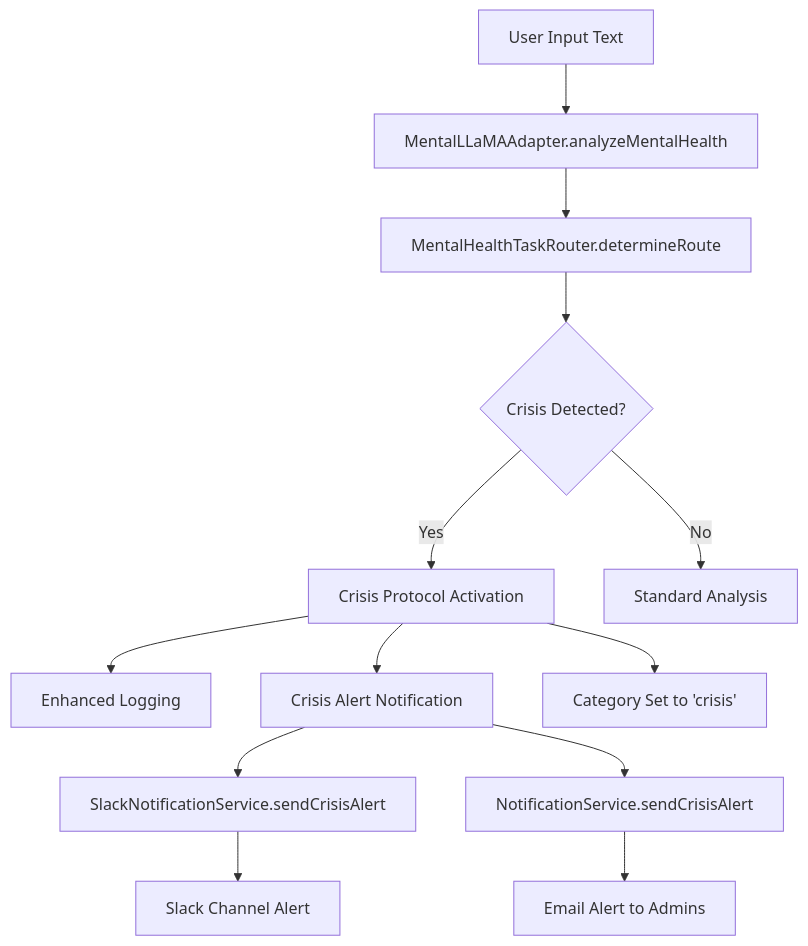
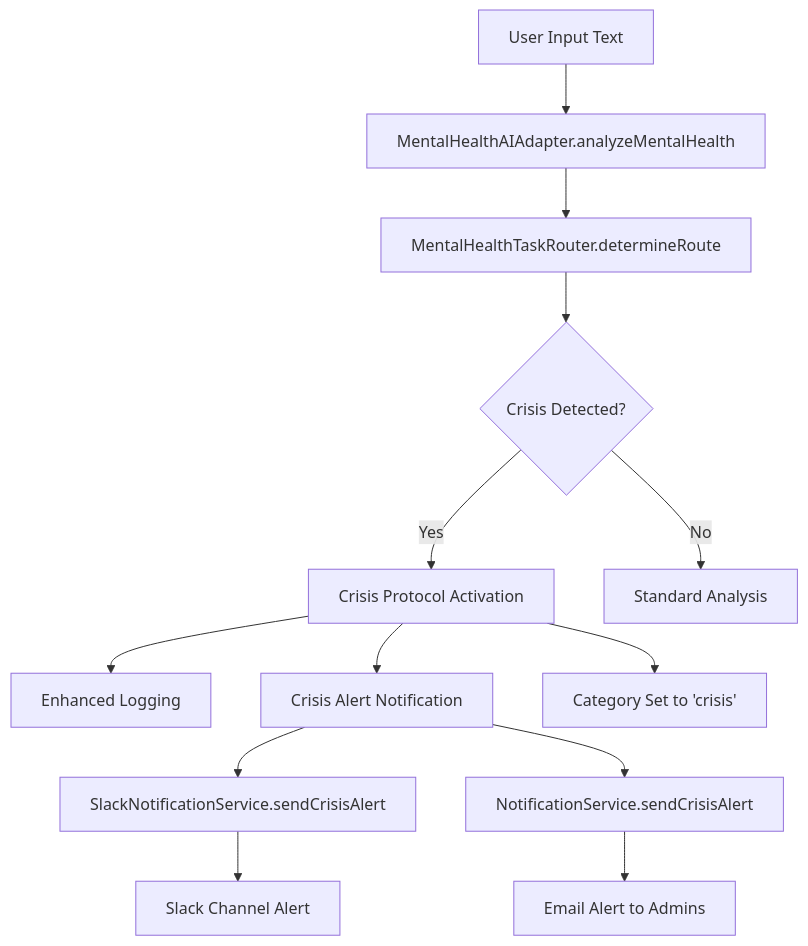
The diagram in apps/web/src/content-store/docs/crisis-protocol.md (daggerstuff/pixelated), drawn with Mermaid before and after one commit. The commit also changed other lines of this file and 132 other files, not shown here.

````diff
--- a/apps/web/src/content-store/docs/crisis-protocol.md
+++ b/apps/web/src/content-store/docs/crisis-protocol.md
@@ -34,15 +34,15 @@
 ```mermaid
 graph TD
-    A[User Input Text] --> B[MentalLLaMAAdapter.analyzeMentalHealth]
+    A[User Input Text] --> B[MentalHealthAIAdapter.analyzeMentalHealth]
     B --> C[MentalHealthTaskRouter.determineRoute]
     C --> D{Crisis Detected?}
     D -->|Yes| E[Crisis Protocol Activation]
     D -->|No| F[Standard Analysis]
     E --> G[Enhanced Logging]
     E --> H[Crisis Alert Notification]
     E --> I[Category Set to 'crisis']
     H --> J[SlackNotificationService.sendCrisisAlert]
     H --> K[NotificationService.sendCrisisAlert]
     J --> L[Slack Channel Alert]
     K --> M[Email Alert to Admins]
 ```
````
